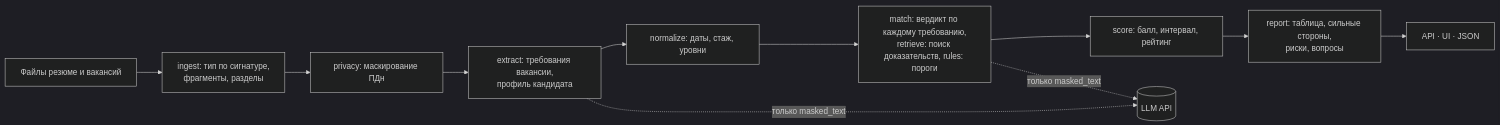
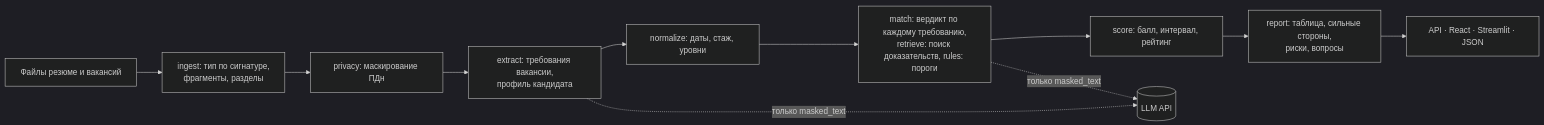
The diagram in README.md (aweeeexo/AIHR-Attention-Is-All-HR-needs-), drawn with Mermaid (dark theme) before and after one commit. The commit also changed other lines of this file and 8 other files, not shown here.

````diff
--- a/README.md
+++ b/README.md
@@ -159,13 +257,13 @@
 ```mermaid
 flowchart LR
     A[Файлы резюме и вакансий] --> B[ingest: тип по сигнатуре,<br/>фрагменты, разделы]
     B --> C[privacy: маскирование ПДн]
     C --> D[extract: требования вакансии,<br/>профиль кандидата]
     D --> E[normalize: даты, стаж, уровни]
     E --> F[match: вердикт по каждому требованию,<br/>retrieve: поиск доказательств, rules: пороги]
     F --> G[score: балл, интервал, рейтинг]
     G --> H[report: таблица, сильные стороны,<br/>риски, вопросы]
-    H --> I[API · UI · JSON]
+    H --> I[API · React · Streamlit · JSON]
     D -.->|только masked_text| L[(LLM API)]
     F -.->|только masked_text| L
 ```
````
